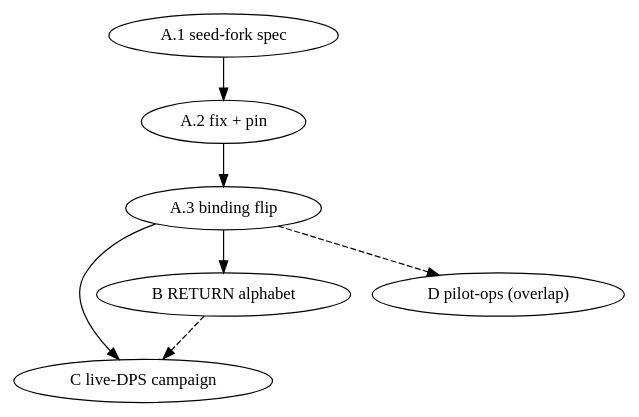
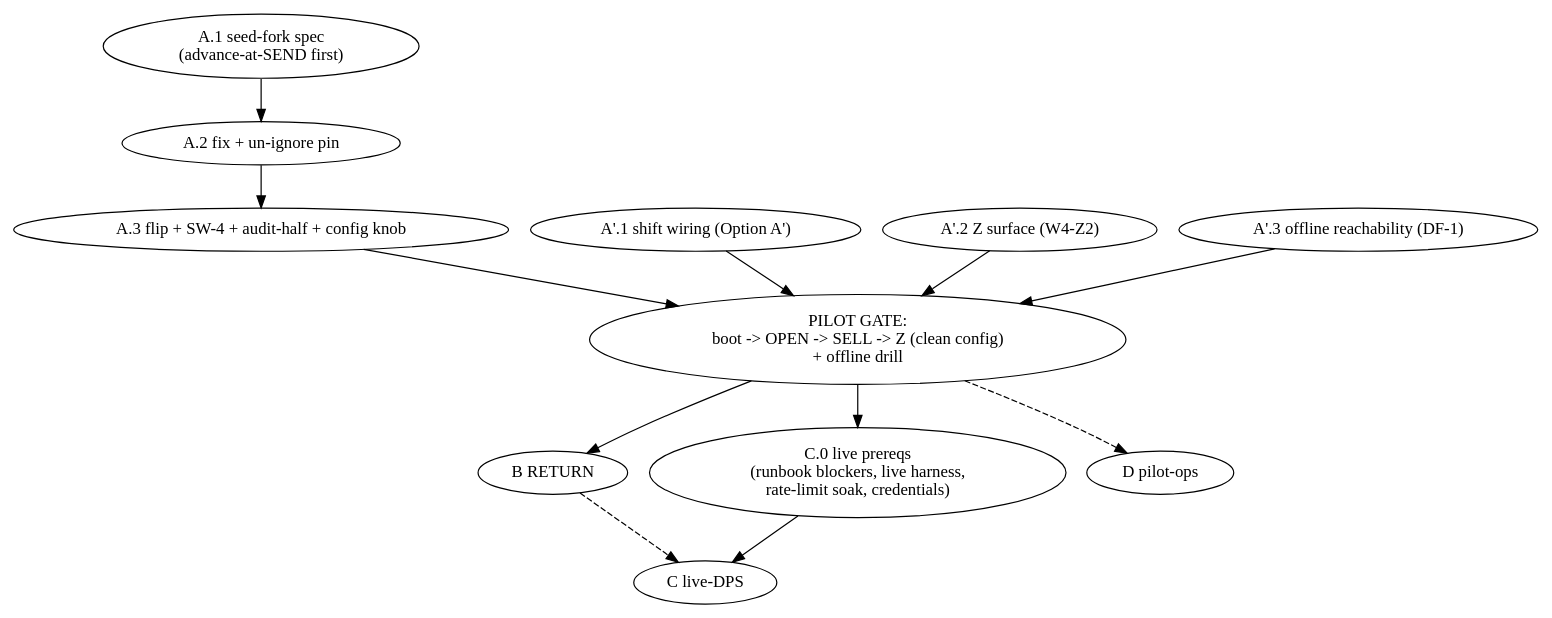
One commit to Setter1981/PRRO_GATE changed the diagram in docs/superpowers/plans/2026-07-04-pilot-path-roadmap.md. Above: the diagram before and after it, drawn with Graphviz. The commit also changed other lines of this file, not shown here.

````diff
--- a/docs/superpowers/plans/2026-07-04-pilot-path-roadmap.md
+++ b/docs/superpowers/plans/2026-07-04-pilot-path-roadmap.md
@@ -74,3 +82,6 @@
 ```dot
-digraph { A1 -> A2 -> A3 -> C; A3 -> B; B -> C [style=dashed]; D [label="D pilot-ops (overlap)"]; A3 -> D [style=dashed]; A1 [label="A.1 seed-fork spec"]; A2 [label="A.2 fix + pin"]; A3 [label="A.3 binding flip"]; B [label="B RETURN alphabet"]; C [label="C live-DPS campaign"]; }
+digraph { A1 -> A2 -> A3; Ap1; Ap2; Ap3; A3 -> GATE; Ap1 -> GATE; Ap2 -> GATE; Ap3 -> GATE; GATE -> B; GATE -> C0; C0 -> C; B -> C [style=dashed]; GATE -> D [style=dashed];
+A1 [label="A.1 seed-fork spec\n(advance-at-SEND first)"]; A2 [label="A.2 fix + un-ignore pin"]; A3 [label="A.3 flip + SW-4 + audit-half + config knob"];
+Ap1 [label="A'.1 shift wiring (Option A')"]; Ap2 [label="A'.2 Z surface (W4-Z2)"]; Ap3 [label="A'.3 offline reachability (DF-1)"];
+GATE [label="PILOT GATE:\nboot -> OPEN -> SELL -> Z (clean config)\n+ offline drill"]; B [label="B RETURN"]; C0 [label="C.0 live prereqs\n(runbook blockers, live harness,\nrate-limit soak, credentials)"]; C [label="C live-DPS"]; D [label="D pilot-ops"]; }
 ```
````
